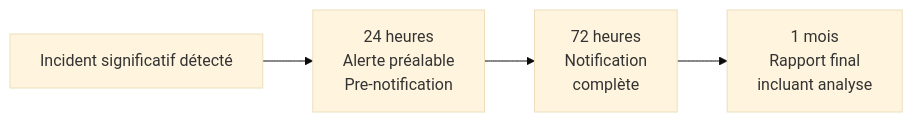
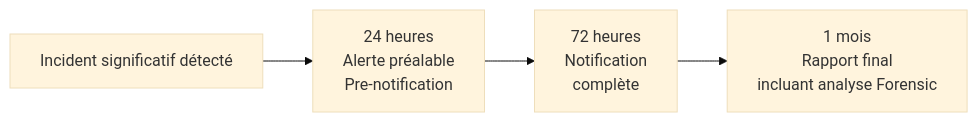
Before and after one commit to zyrass/omnydocs: the sixth of 8 diagrams in docs/cursus-forensic/01-cycle-0-fondations/module-1-legislation/07-nis2-loi-resilience.md, drawn with Mermaid (base theme). The commit also changed other lines of this file and 171 other files, not shown here.

````diff
--- a/docs/cursus-forensic/01-cycle-0-fondations/module-1-legislation/07-nis2-loi-resilience.md
+++ b/docs/cursus-forensic/01-cycle-0-fondations/module-1-legislation/07-nis2-loi-resilience.md
@@ -251,6 +272,6 @@
 ```mermaid
 flowchart LR
-    A[Incident significatif détecté] --> B[24 heures<br>Alerte préalable<br>Pre-notification]
-    B --> C[72 heures<br>Notification<br>complète]
-    C --> D[1 mois<br>Rapport final<br>incluant analyse]
+    A["Incident significatif détecté"] --> B["24 heures<br>Alerte préalable<br>Pre-notification"]
+    B --> C["72 heures<br>Notification<br>complète"]
+    C --> D["1 mois<br>Rapport final<br>incluant analyse Forensic"]
 ```
````
